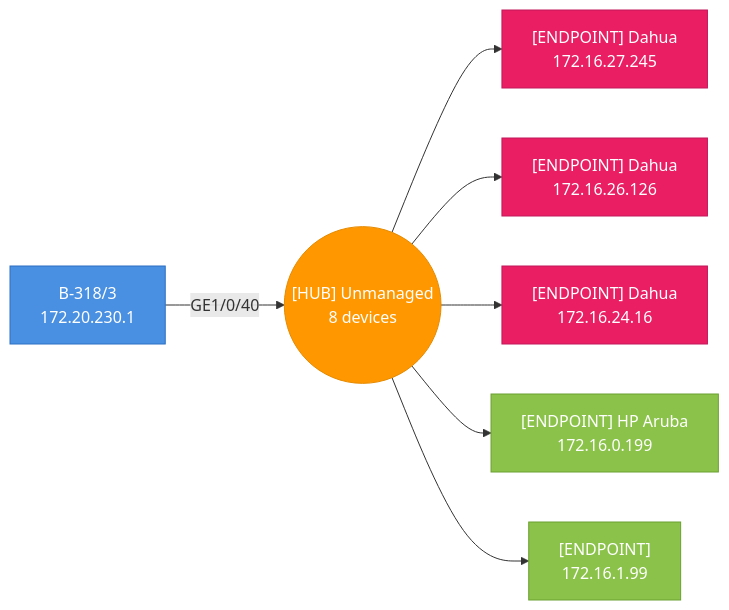
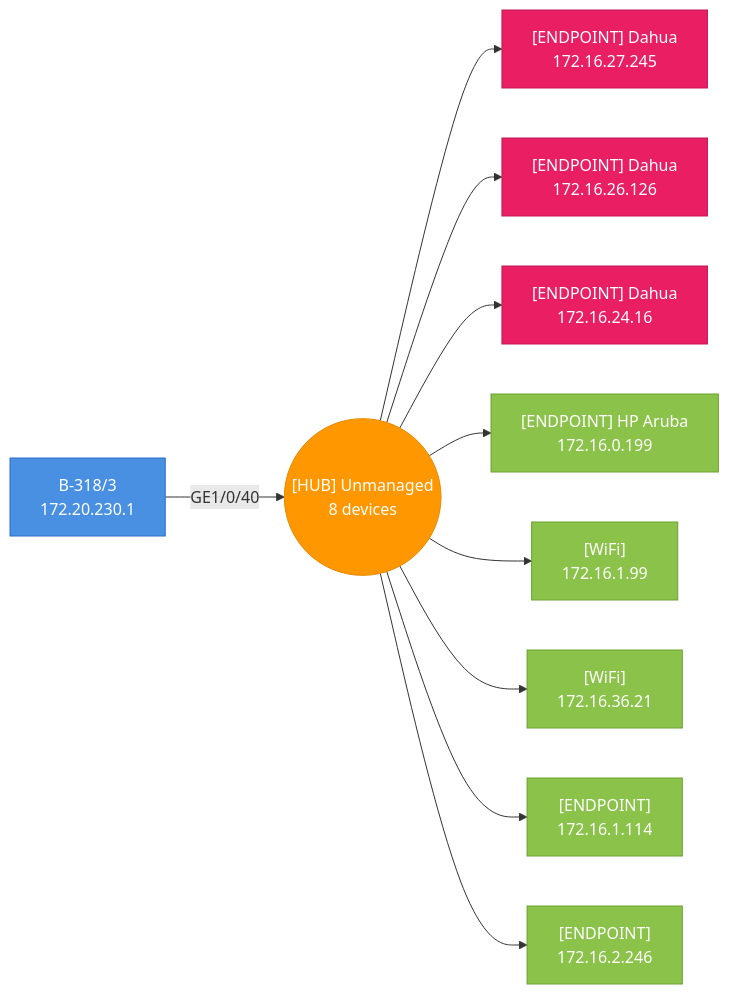
One commit to djamic/LLDP-Skanner-Go changed diagram 14 of 47 in testdata/golden/audit_default.md. Above: the diagram before and after it, drawn with Mermaid. The commit also changed other lines of this file and 12 other files, not shown here.

````diff
--- a/testdata/golden/audit_default.md
+++ b/testdata/golden/audit_default.md
@@ -1633,23 +1756,32 @@
 ```mermaid
 graph LR
   hub_4caea3a2182c_p40(("[HUB] Unmanaged<br>8 devices"))
   4caea3a2182c["B-318/3<br>172.20.230.1"]
   4caea3a2182c-- "GE1/0/40" -->hub_4caea3a2182c_p40
   style 4caea3a2182c fill:#4A90E2,stroke:#2A6FC2,color:#fff
   002381549be2["[ENDPOINT] Dahua<br>172.16.27.245"]
   hub_4caea3a2182c_p40-->002381549be2
   style 002381549be2 fill:#E91E63,stroke:#C2185B,color:#fff
   002381549be5["[ENDPOINT] Dahua<br>172.16.26.126"]
   hub_4caea3a2182c_p40-->002381549be5
   style 002381549be5 fill:#E91E63,stroke:#C2185B,color:#fff
   002381549c03["[ENDPOINT] Dahua<br>172.16.24.16"]
   hub_4caea3a2182c_p40-->002381549c03
   style 002381549c03 fill:#E91E63,stroke:#C2185B,color:#fff
   004e35cb4f9a["[ENDPOINT] HP Aruba<br>172.16.0.199"]
   hub_4caea3a2182c_p40-->004e35cb4f9a
   style 004e35cb4f9a fill:#8BC34A,stroke:#6B9F30,color:#fff
-  4e6d487b43dc["[ENDPOINT]<br>172.16.1.99"]
+  4e6d487b43dc["[WiFi]<br>172.16.1.99"]
   hub_4caea3a2182c_p40-->4e6d487b43dc
   style 4e6d487b43dc fill:#8BC34A,stroke:#6B9F30,color:#fff
+  667a54eff633["[WiFi]<br>172.16.36.21"]
+  hub_4caea3a2182c_p40-->667a54eff633
+  style 667a54eff633 fill:#8BC34A,stroke:#6B9F30,color:#fff
+  c01803886bb2["[ENDPOINT]<br>172.16.1.114"]
+  hub_4caea3a2182c_p40-->c01803886bb2
+  style c01803886bb2 fill:#8BC34A,stroke:#6B9F30,color:#fff
+  e4c32adb8931["[ENDPOINT]<br>172.16.2.246"]
+  hub_4caea3a2182c_p40-->e4c32adb8931
+  style e4c32adb8931 fill:#8BC34A,stroke:#6B9F30,color:#fff
   style hub_4caea3a2182c_p40 fill:#FF9800,stroke:#E68A00,color:#fff
 ```
````
